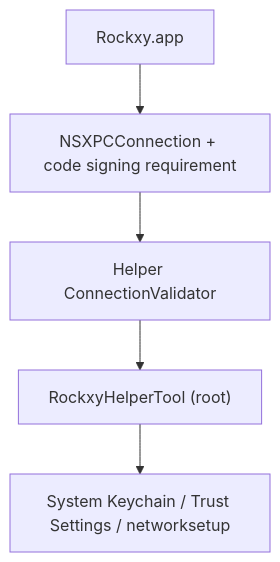
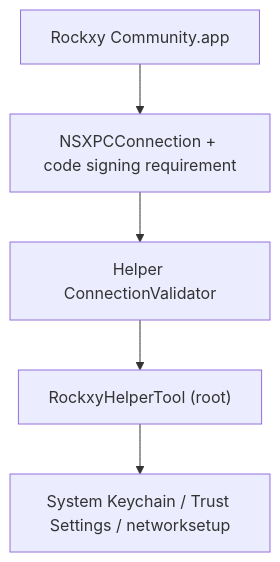
The fourth of 4 diagrams in README.md (hxhlb/Rockxy), drawn with Mermaid before and after one commit. The commit also changed other lines of this file and 7 other files, not shown here.

````diff
--- a/README.md
+++ b/README.md
@@ -313,13 +313,13 @@
 ```mermaid
 flowchart TB
-    App["Rockxy.app"]
+    App["Rockxy Community.app"]
     XPC["NSXPCConnection + code signing requirement"]
     Validator["Helper ConnectionValidator"]
     Helper["RockxyHelperTool (root)"]
     Trust["System Keychain / Trust Settings / networksetup"]
 
     App --> XPC
     XPC --> Validator
     Validator --> Helper
     Helper --> Trust
 ```
````
